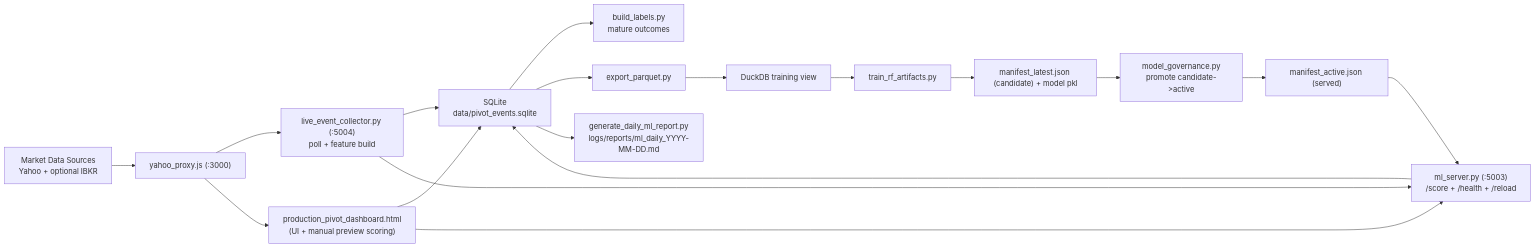
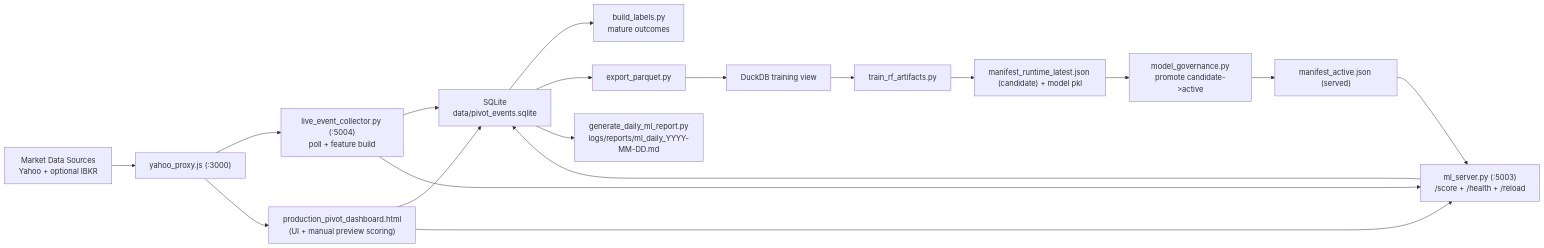
The diagram in SYSTEM.md (sykurtyppi/PIVOT_QUANT), drawn with Mermaid before and after one commit. The commit also changed other lines of this file and 13 other files, not shown here.

Commit message:
Harden ops observability and runtime manifest handling

````diff
--- a/SYSTEM.md
+++ b/SYSTEM.md
@@ -12,20 +12,20 @@
 ```mermaid
 flowchart LR
     A["Market Data Sources<br/>Yahoo + optional IBKR"] --> B["yahoo_proxy.js (:3000)"]
     B --> C["live_event_collector.py (:5004)<br/>poll + feature build"]
     B --> D["production_pivot_dashboard.html<br/>(UI + manual preview scoring)"]
     C --> E["SQLite<br/>data/pivot_events.sqlite"]
     D --> E
     E --> F["build_labels.py<br/>mature outcomes"]
     E --> G["export_parquet.py"]
     G --> H["DuckDB training view"]
     H --> I["train_rf_artifacts.py"]
-    I --> J["manifest_latest.json (candidate) + model pkl"]
+    I --> J["manifest_runtime_latest.json (candidate) + model pkl"]
     J --> J2["model_governance.py<br/>promote candidate->active"]
     J2 --> J3["manifest_active.json (served)"]
     J3 --> K["ml_server.py (:5003)<br/>/score + /health + /reload"]
     C --> K
     D --> K
     K --> E
     E --> L["generate_daily_ml_report.py<br/>logs/reports/ml_daily_YYYY-MM-DD.md"]
 ```
````
